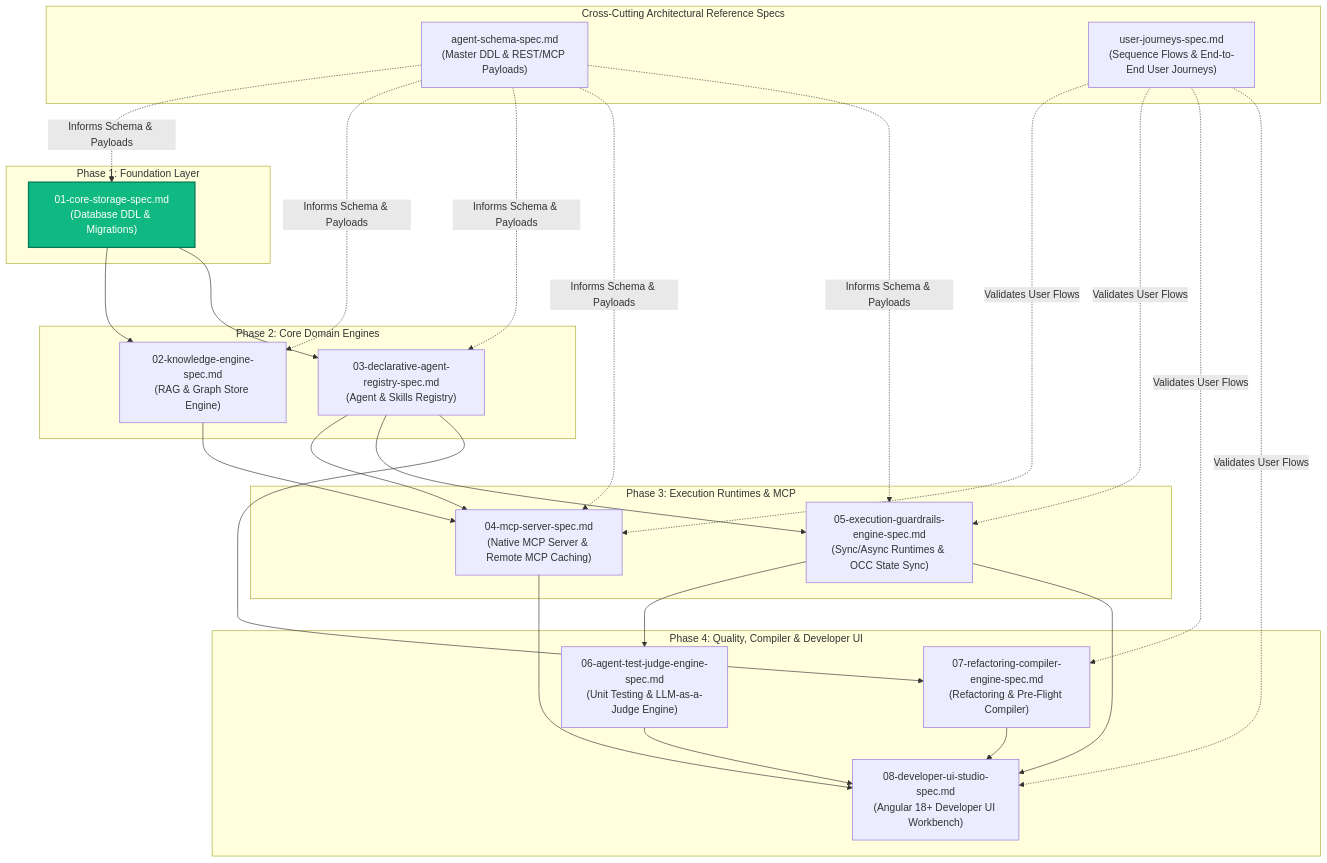
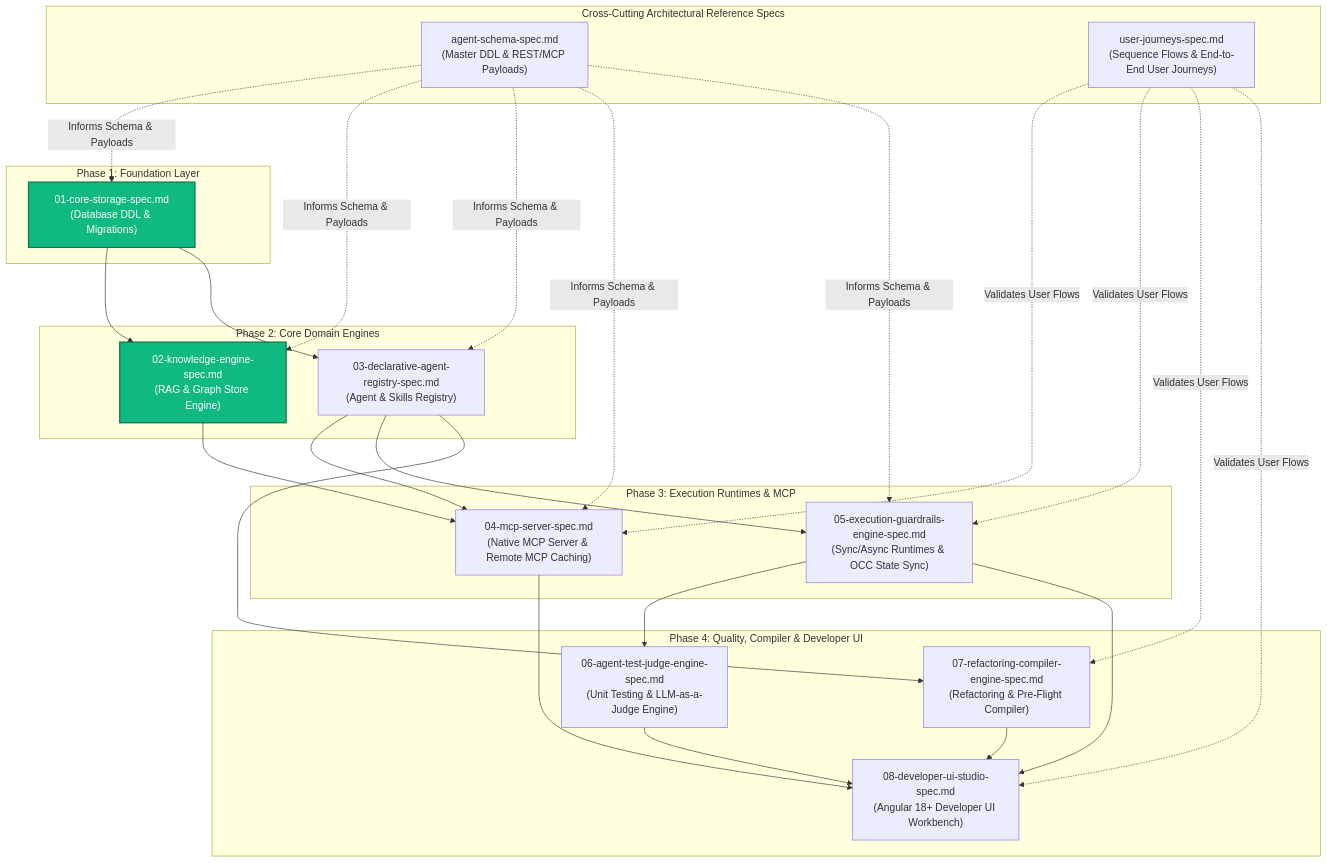
One commit to PolecatWorks/agent-as-data changed the diagram in spec/specs/README.md. Above: the diagram before and after it, drawn with Mermaid. The commit also changed other lines of this file and 11 other files, not shown here.

Commit message:
feat(spec-02): implement Knowledge RAG & Graph Engine (POST /api/v1/knowledge, search, traverse)

````diff
--- a/spec/specs/README.md
+++ b/spec/specs/README.md
@@ -17,55 +17,55 @@
 ```mermaid
 flowchart TD
     subgraph CrossCuttingSpecs ["Cross-Cutting Architectural Reference Specs"]
         SchemaSpec["agent-schema-spec.md<br/>(Master DDL & REST/MCP Payloads)"]
         JourneysSpec["user-journeys-spec.md<br/>(Sequence Flows & End-to-End User Journeys)"]
     end
 
     subgraph Phase1 ["Phase 1: Foundation Layer"]
         Spec01["01-core-storage-spec.md<br/>(Database DDL & Migrations)"]:::complete
     end
 
     subgraph Phase2 ["Phase 2: Core Domain Engines"]
-        Spec02["02-knowledge-engine-spec.md<br/>(RAG & Graph Store Engine)"]
+        Spec02["02-knowledge-engine-spec.md<br/>(RAG & Graph Store Engine)"]:::complete
         Spec03["03-declarative-agent-registry-spec.md<br/>(Agent & Skills Registry)"]
     end
 
     subgraph Phase3 ["Phase 3: Execution Runtimes & MCP"]
         Spec04["04-mcp-server-spec.md<br/>(Native MCP Server & Remote MCP Caching)"]
         Spec05["05-execution-guardrails-engine-spec.md<br/>(Sync/Async Runtimes & OCC State Sync)"]
     end
 
     subgraph Phase4 ["Phase 4: Quality, Compiler & Developer UI"]
         Spec06["06-agent-test-judge-engine-spec.md<br/>(Unit Testing & LLM-as-a-Judge Engine)"]
         Spec07["07-refactoring-compiler-engine-spec.md<br/>(Refactoring & Pre-Flight Compiler)"]
         Spec08["08-developer-ui-studio-spec.md<br/>(Angular 18+ Developer UI Workbench)"]
     end
 
     classDef complete fill:#10B981,stroke:#047857,stroke-width:2px,color:#ffffff;
 
     SchemaSpec -.->|Informs Schema & Payloads| Spec01
     SchemaSpec -.->|Informs Schema & Payloads| Spec02
     SchemaSpec -.->|Informs Schema & Payloads| Spec03
     SchemaSpec -.->|Informs Schema & Payloads| Spec04
     SchemaSpec -.->|Informs Schema & Payloads| Spec05
 
     JourneysSpec -.->|Validates User Flows| Spec04
     JourneysSpec -.->|Validates User Flows| Spec05
     JourneysSpec -.->|Validates User Flows| Spec07
     JourneysSpec -.->|Validates User Flows| Spec08
 
     Spec01 --> Spec02
     Spec01 --> Spec03
 
     Spec02 --> Spec04
     Spec03 --> Spec04
     Spec03 --> Spec05
 
     Spec05 --> Spec06
     Spec03 --> Spec07
     
     Spec04 --> Spec08
     Spec05 --> Spec08
     Spec06 --> Spec08
     Spec07 --> Spec08
 ```
````
